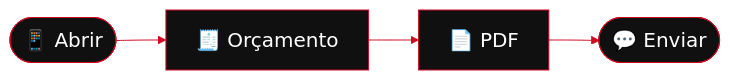
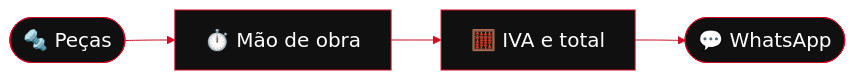
The first of 2 diagrams in README.md (Francisss9/Portfolio), drawn with Mermaid before and after one commit. The commit also changed other lines of this file, not shown here.

````diff
--- a/README.md
+++ b/README.md
@@ -93,7 +92,7 @@
 ```mermaid
 %%{init: {'theme':'base','themeVariables':{'fontSize':'20px','primaryColor':'#111011','primaryTextColor':'#ffffff','primaryBorderColor':'#ce0c24','lineColor':'#ce0c24'}}}%%
 flowchart LR
-    A(["📱 Abrir"]) --> B["🧾 Orçamento"]
-    B --> C["📄 PDF"]
-    C --> D(["💬 Enviar"])
+    A(["🔩 Peças"]) --> B["⏱️ Mão de obra"]
+    B --> C["🧮 IVA e total"]
+    C --> D(["💬 WhatsApp"])
 ```
````
